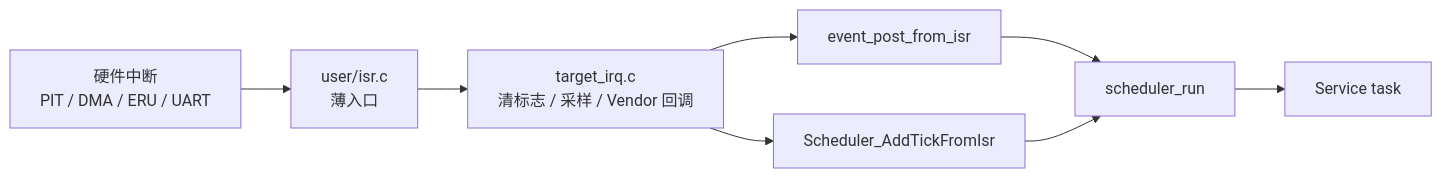
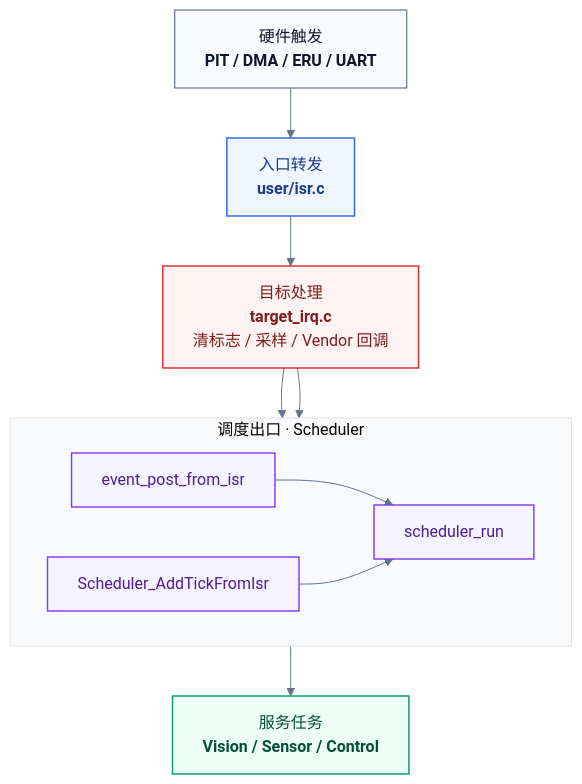
The second of 2 diagrams in README.md (ParacosmYy/GS_Smart_car), drawn with Mermaid before and after one commit. The commit also changed other lines of this file, not shown here.

Commit message:
docs(readme): 优化 Mermaid 架构图

````diff
--- a/README.md
+++ b/README.md
@@ -105,14 +60,33 @@
 ```mermaid
-flowchart LR
-    HW["硬件中断<br/>PIT / DMA / ERU / UART"]
-    ENTRY_ISR["user/isr.c<br/>薄入口"]
-    TARGET_IRQ["target_irq.c<br/>清标志 / 采样 / Vendor 回调"]
-    EVENT["event_post_from_isr"]
-    TICK["Scheduler_AddTickFromIsr"]
-    LOOP["scheduler_run"]
-    TASK["Service task"]
+%%{init: {"theme": "base", "themeVariables": {"fontFamily": "Inter, Microsoft YaHei, Arial", "primaryBorderColor": "#CBD5E1", "lineColor": "#64748B", "tertiaryColor": "#F8FAFC"}}}%%
+flowchart TB
+    HW["硬件触发<br/><b>PIT / DMA / ERU / UART</b>"]
+    ISR["入口转发<br/><b>user/isr.c</b>"]
+    IRQ["目标处理<br/><b>target_irq.c</b><br/>清标志 / 采样 / Vendor 回调"]
 
-    HW --> ENTRY_ISR --> TARGET_IRQ
-    TARGET_IRQ --> EVENT --> LOOP --> TASK
-    TARGET_IRQ --> TICK --> LOOP
+    subgraph SCHED["调度出口 · Scheduler"]
+        direction LR
+        EVENT["event_post_from_isr"]
+        TICK["Scheduler_AddTickFromIsr"]
+        LOOP["scheduler_run"]
+    end
+
+    TASK["服务任务<br/><b>Vision / Sensor / Control</b>"]
+
+    HW --> ISR --> IRQ
+    IRQ --> EVENT --> LOOP
+    IRQ --> TICK --> LOOP
+    LOOP --> TASK
+
+    classDef hardware fill:#F8FAFC,stroke:#64748B,color:#0F172A,stroke-width:1.2px;
+    classDef entry fill:#EFF6FF,stroke:#2563EB,color:#1E3A8A,stroke-width:1.4px;
+    classDef target fill:#FEF2F2,stroke:#DC2626,color:#7F1D1D,stroke-width:1.4px;
+    classDef scheduler fill:#F5F3FF,stroke:#7C3AED,color:#4C1D95,stroke-width:1.4px;
+    classDef service fill:#ECFDF5,stroke:#059669,color:#064E3B,stroke-width:1.4px;
+
+    class HW hardware
+    class ISR entry
+    class IRQ target
+    class EVENT,TICK,LOOP scheduler
+    class TASK service
 ```
````
